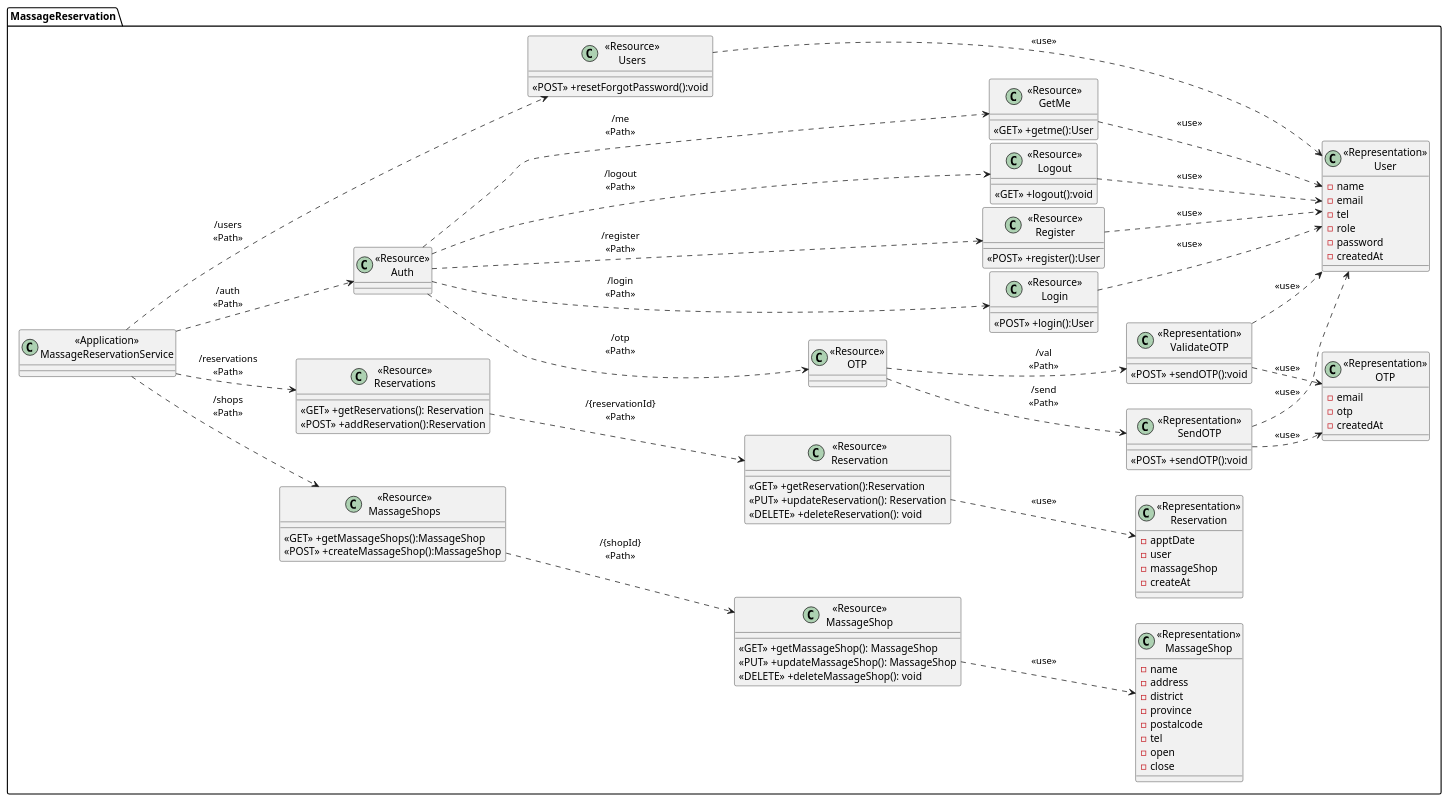
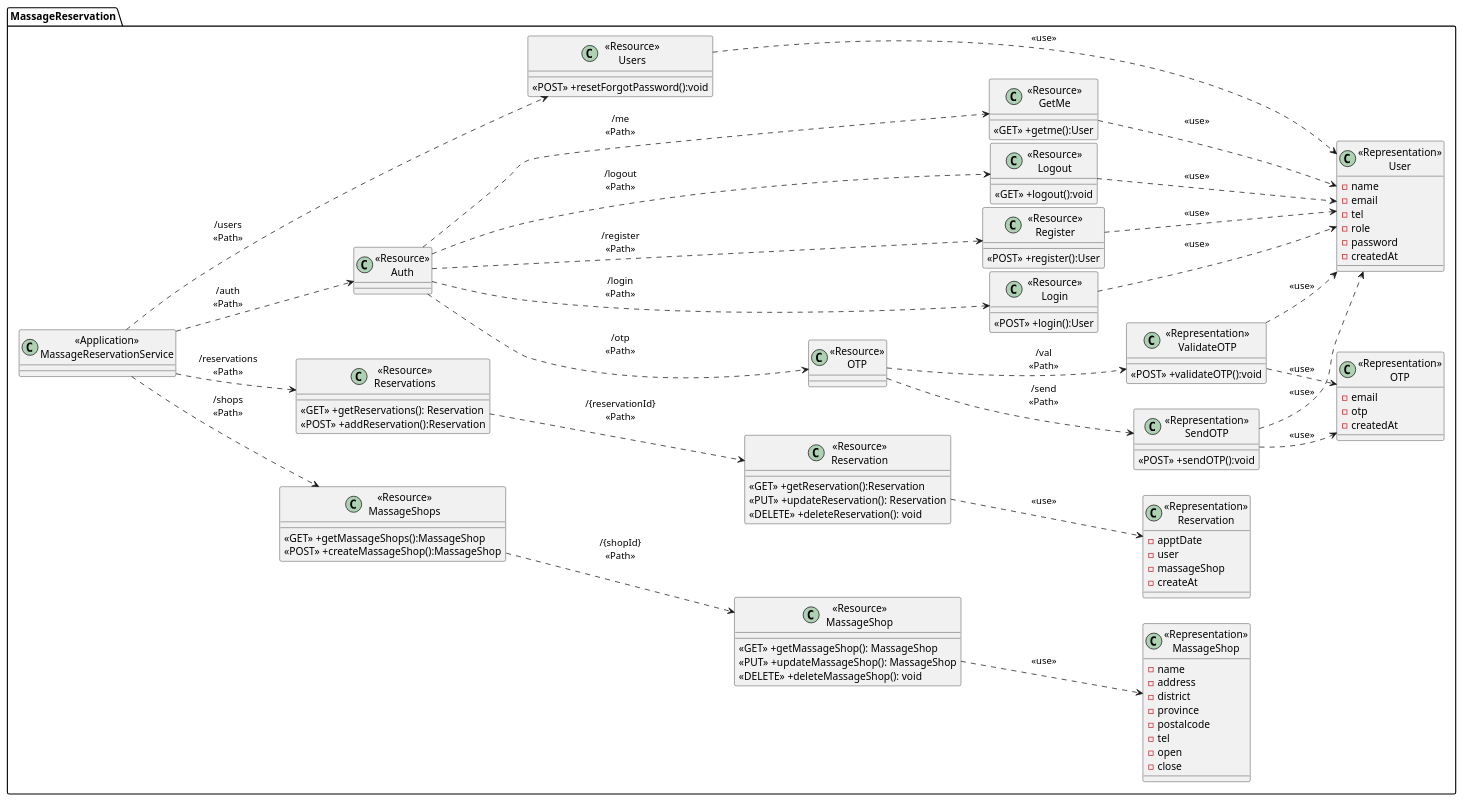
The diagram in UML/Class/VacQclass.puml (PoomThammasorn/MassageReservation-SWDev), drawn with PlantUML before and after one commit.

Commit message:
edit uml

```diff
--- a/UML/Class/VacQclass.puml
+++ b/UML/Class/VacQclass.puml
@@ -1,118 +1,118 @@
 @startuml
 left to right direction
 package "MassageReservation"{
     class "<<Application>>\nMassageReservationService" as MassageReservationService{}
 
     class "<<Resource>>\nMassageShops" as ResourceMassageShops{
         <<GET>> +getMassageShops():MassageShop
         <<POST>> +createMassageShop():MassageShop
     }
 
     class "<<Resource>>\nMassageShop" as ResourceMassageShop {
         <<GET>> +getMassageShop(): MassageShop
         <<PUT>> +updateMassageShop(): MassageShop
         <<DELETE>> +deleteMassageShop(): void
     }
 
     class "<<Representation>>\nMassageShop" as RepresentationMassageShop {
         -name
         -address
         -district
         -province
         -postalcode
         -tel
         -open
         -close
     }
 
     class "<<Resource>>\nReservations" as ResourceReservations{
         <<GET>> +getReservations(): Reservation
         <<POST>> +addReservation():Reservation
     }
 
     class "<<Resource>>\nReservation" as ResourceReservation{
         <<GET>> +getReservation():Reservation
         <<PUT>> +updateReservation(): Reservation
         <<DELETE>> +deleteReservation(): void
     }
 
     class "<<Representation>>\nReservation" as RepresentationReservation {
         -apptDate
         -user
         -massageShop
         -createAt
     }
     class "<<Resource>>\nAuth" as ResourceAuth{
     }
     class "<<Resource>>\nRegister" as ResourceRegister{
         <<POST>> +register():User
     }
     class "<<Resource>>\nLogin" as ResourceLogin{
         <<POST>> +login():User
     }
     class "<<Resource>>\nLogout" as ResourceLogout{
         <<GET>> +logout():void
     }
     class "<<Resource>>\nGetMe" as ResourceGetMe{
         <<GET>> +getme():User
     }
     class "<<Resource>>\nOTP" as ResourceOTP{
 
     }
     class "<<Representation>>\nSendOTP" as RepresentationSendOTP{
         <<POST>> +sendOTP():void
     }
     class "<<Representation>>\nValidateOTP" as RepresentationValidateOTP{
-        <<POST>> +sendOTP():void
+        <<POST>> +validateOTP():void
     }
     class "<<Representation>>\nOTP" as RepresentationOTP {
         -email
         -otp
         -createdAt
     }
 
     class "<<Resource>>\nUsers" as ResourceUsers{
         <<POST>> +resetForgotPassword():void
     }
 
     class "<<Representation>>\nUser" as RepresentationUser {
         -name
         -email
         -tel
         -role
         -password
         -createdAt
     }
     
 }
 
 MassageReservationService ..> ResourceMassageShops:"/shops\n<<Path>>"
 ResourceMassageShops ..> ResourceMassageShop: "/{shopId}\n<<Path>>"
 ResourceMassageShop ..> RepresentationMassageShop: "<<use>>"
 
 MassageReservationService ..> ResourceReservations:"/reservations\n<<Path>>"
 ResourceReservations ..> ResourceReservation: "/{reservationId}\n<<Path>>"
 ResourceReservation ..> RepresentationReservation: "<<use>>"
 
 MassageReservationService ..> ResourceAuth:"/auth\n<<Path>>"
 ResourceAuth ..> ResourceRegister: "/register\n<<Path>>"
 ResourceAuth ..> ResourceLogin: "/login\n<<Path>>"
 ResourceAuth ..> ResourceLogout: "/logout\n<<Path>>"
 ResourceAuth ..> ResourceGetMe: "/me\n<<Path>>"
 ResourceAuth ..> ResourceOTP: "/otp\n<<Path>>"
 ResourceOTP ..> RepresentationSendOTP: "/send\n<<Path>>"
 ResourceOTP ..> RepresentationValidateOTP: "/val\n<<Path>>"
 
 ResourceRegister ..> RepresentationUser: "<<use>>"
 ResourceLogin ..> RepresentationUser: "<<use>>"
 ResourceLogout ..> RepresentationUser: "<<use>>"
 ResourceGetMe ..> RepresentationUser: "<<use>>"
 RepresentationValidateOTP ..> RepresentationUser: "<<use>>"
 RepresentationSendOTP ..> RepresentationUser: "<<use>>"
 
 RepresentationSendOTP ..> RepresentationOTP: "<<use>>"
 RepresentationValidateOTP ..> RepresentationOTP: "<<use>>"
 
 MassageReservationService ..> ResourceUsers: "/users\n<<Path>>"
 ResourceUsers ..> RepresentationUser:"<<use>>"
 @enduml
```
